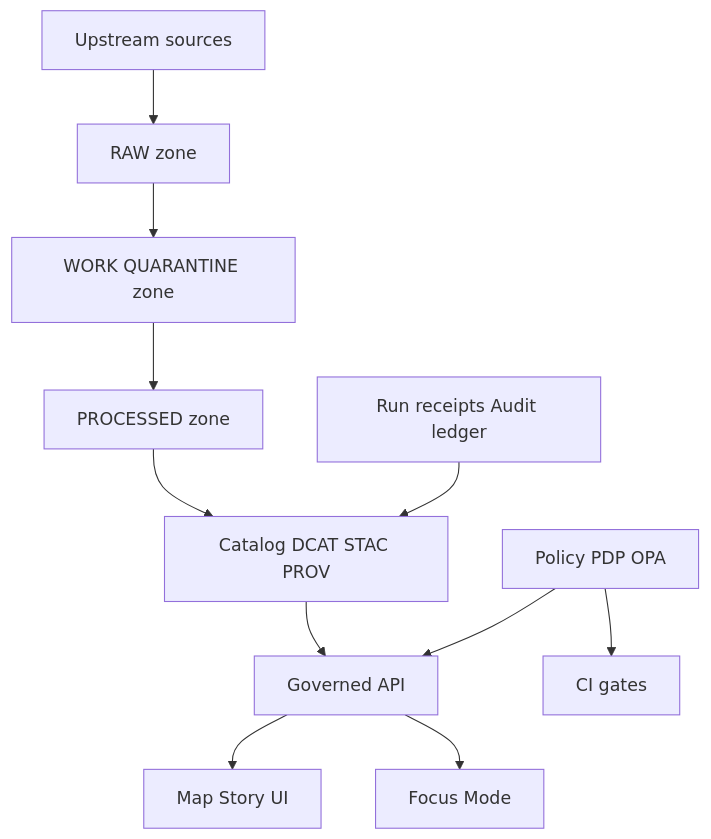
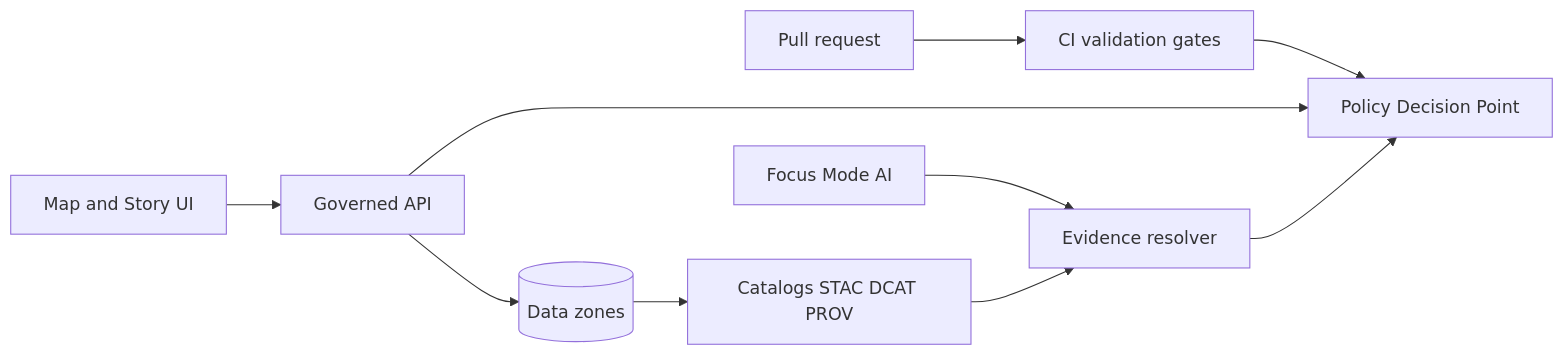
The diagram in docs/governance/README.md (bartytime4life/Kansas-Frontier-Matrix), drawn with Mermaid before and after one commit. The commit also changed other lines of this file, not shown here.

````diff
--- a/docs/governance/README.md
+++ b/docs/governance/README.md
@@ -89,15 +161,15 @@
 ```mermaid
-flowchart TD
-  Upstream[Upstream sources] --> RAW[RAW zone]
-  RAW --> WORK[WORK QUARANTINE zone]
-  WORK --> PROCESSED[PROCESSED zone]
-  PROCESSED --> CATALOG[Catalog DCAT STAC PROV]
-  CATALOG --> API[Governed API]
-  API --> UI[Map Story UI]
-  API --> FOCUS[Focus Mode]
+flowchart LR
+  PR[Pull request] --> CI[CI validation gates]
+  CI --> PDP[Policy Decision Point]
 
-  POLICY[Policy PDP OPA] --> API
-  POLICY --> CI[CI gates]
+  UI[Map and Story UI] --> API[Governed API]
+  FM[Focus Mode AI] --> ER[Evidence resolver]
 
-  RECEIPTS[Run receipts Audit ledger] --> CATALOG
+  API --> PDP
+  ER --> PDP
+
+  API --> Data[(Data zones)]
+  Data --> Catalog[Catalogs STAC DCAT PROV]
+  Catalog --> ER
 ```
````
